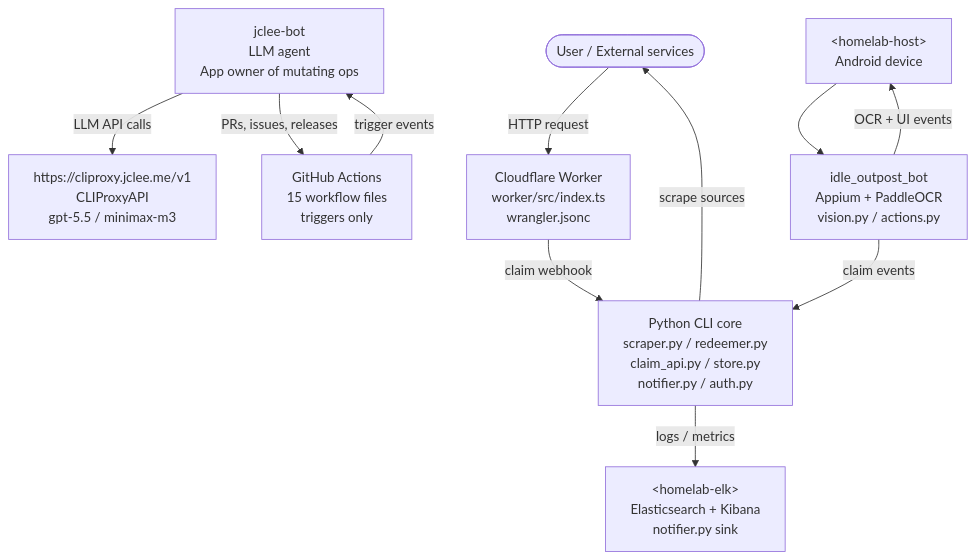
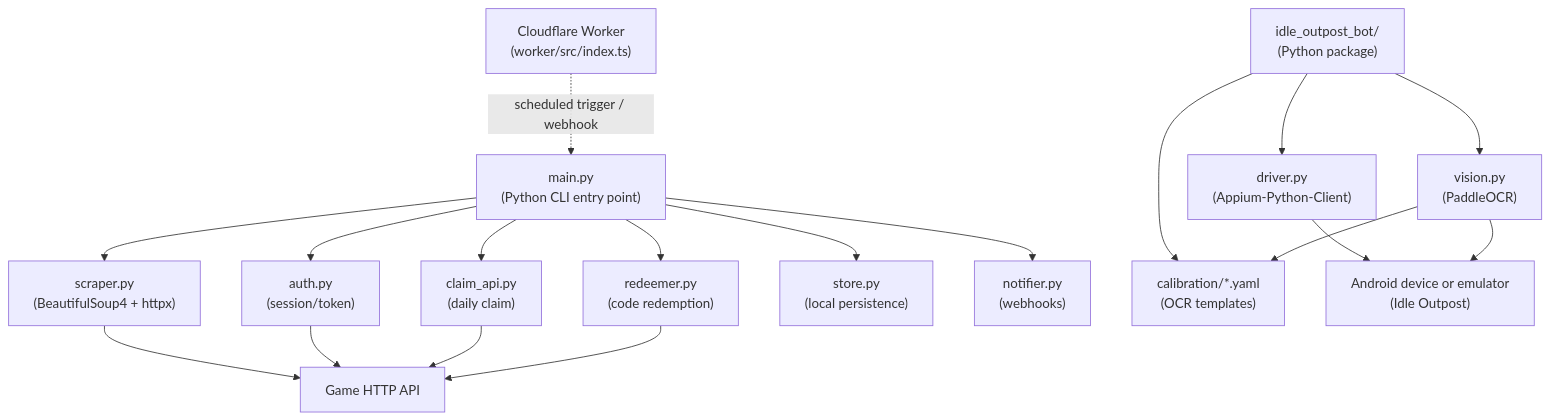
One commit to jclee941/idle-outpost changed the diagram in README.md. Above: the diagram before and after it, drawn with Mermaid. The commit also changed other lines of this file, not shown here.

````diff
--- a/README.md
+++ b/README.md
@@ -58,23 +42,35 @@
 ```mermaid
-flowchart TD
-    User(["User / External services"])
-    ELK["&lt;homelab-elk&gt;<br/>Elasticsearch + Kibana<br/>notifier.py sink"]
-    Proxy["https://cliproxy.jclee.me/v1<br/>CLIProxyAPI<br/>gpt-5.5 / minimax-m3"]
-    Bot["jclee-bot<br/>LLM agent<br/>App owner of mutating ops"]
-    GH["GitHub Actions<br/>15 workflow files<br/>triggers only"]
-    Core["Python CLI core<br/>scraper.py / redeemer.py<br/>claim_api.py / store.py<br/>notifier.py / auth.py"]
-    Worker["Cloudflare Worker<br/>worker/src/index.ts<br/>wrangler.jsonc"]
-    Device["&lt;homelab-host&gt;<br/>Android device"]
-    Android["idle_outpost_bot<br/>Appium + PaddleOCR<br/>vision.py / actions.py"]
+flowchart TB
+  Worker["Cloudflare Worker<br/>(worker/src/index.ts)"]
+  CLI["main.py<br/>(Python CLI entry point)"]
+  Scraper["scraper.py<br/>(BeautifulSoup4 + httpx)"]
+  Auth["auth.py<br/>(session/token)"]
+  Claim["claim_api.py<br/>(daily claim)"]
+  Redeemer["redeemer.py<br/>(code redemption)"]
+  Store["store.py<br/>(local persistence)"]
+  Notifier["notifier.py<br/>(webhooks)"]
+  Bot["idle_outpost_bot/<br/>(Python package)"]
+  Driver["driver.py<br/>(Appium-Python-Client)"]
+  Vision["vision.py<br/>(PaddleOCR)"]
+  Cfg["calibration/*.yaml<br/>(OCR templates)"]
+  Device["Android device or emulator<br/>(Idle Outpost)"]
+  API["Game HTTP API"]
 
-    User -->|HTTP request| Worker
-    Worker -->|claim webhook| Core
-    Core -->|scrape sources| User
-    Core -->|logs / metrics| ELK
-    GH -->|trigger events| Bot
-    Bot -->|LLM API calls| Proxy
-    Bot -->|PRs, issues, releases| GH
-    Device --> Android
-    Android -->|OCR + UI events| Device
-    Android -->|claim events| Core
+  Worker -. "scheduled trigger / webhook" .-> CLI
+  CLI --> Scraper
+  CLI --> Auth
+  CLI --> Claim
+  CLI --> Redeemer
+  CLI --> Store
+  CLI --> Notifier
+  Scraper --> API
+  Auth --> API
+  Claim --> API
+  Redeemer --> API
+  Bot --> Driver
+  Bot --> Vision
+  Bot --> Cfg
+  Driver --> Device
+  Vision --> Cfg
+  Vision --> Device
 ```
````
